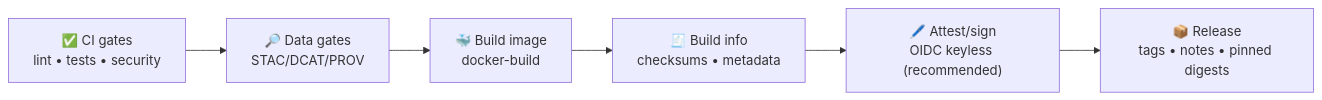
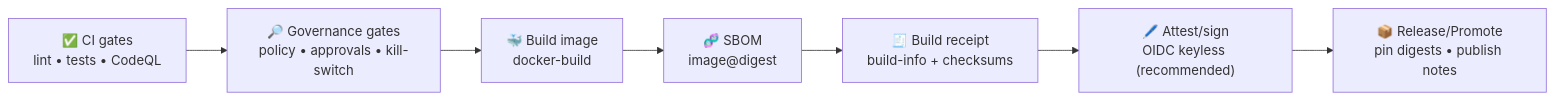
One commit to bartytime4life/Kansas-Frontier-Matrix changed the diagram in .github/actions/docker-build/README.md. Above: the diagram before and after it, drawn with Mermaid. The commit also changed other lines of this file, not shown here.

First line of the commit message:
Enhance README for docker-build action

````diff
--- a/.github/actions/docker-build/README.md
+++ b/.github/actions/docker-build/README.md
@@ -382,8 +463,9 @@
 ```mermaid
 flowchart LR
-  A["✅ CI gates<br/>lint • tests • security"] --> B["🔎 Data gates<br/>STAC/DCAT/PROV"]
+  A["✅ CI gates<br/>lint • tests • CodeQL"] --> B["🔎 Governance gates<br/>policy • approvals • kill-switch"]
   B --> C["🐳 Build image<br/>docker-build"]
-  C --> D["🧾 Build info<br/>checksums • metadata"]
-  D --> E["🖊️ Attest/sign<br/>OIDC keyless (recommended)"]
-  E --> F["📦 Release<br/>tags • notes • pinned digests"]
+  C --> D["🧬 SBOM<br/>image@digest"]
+  D --> E["🧾 Build receipt<br/>build-info + checksums"]
+  E --> F["🖊️ Attest/sign<br/>OIDC keyless (recommended)"]
+  F --> G["📦 Release/Promote<br/>pin digests • publish notes"]
 ```
````
